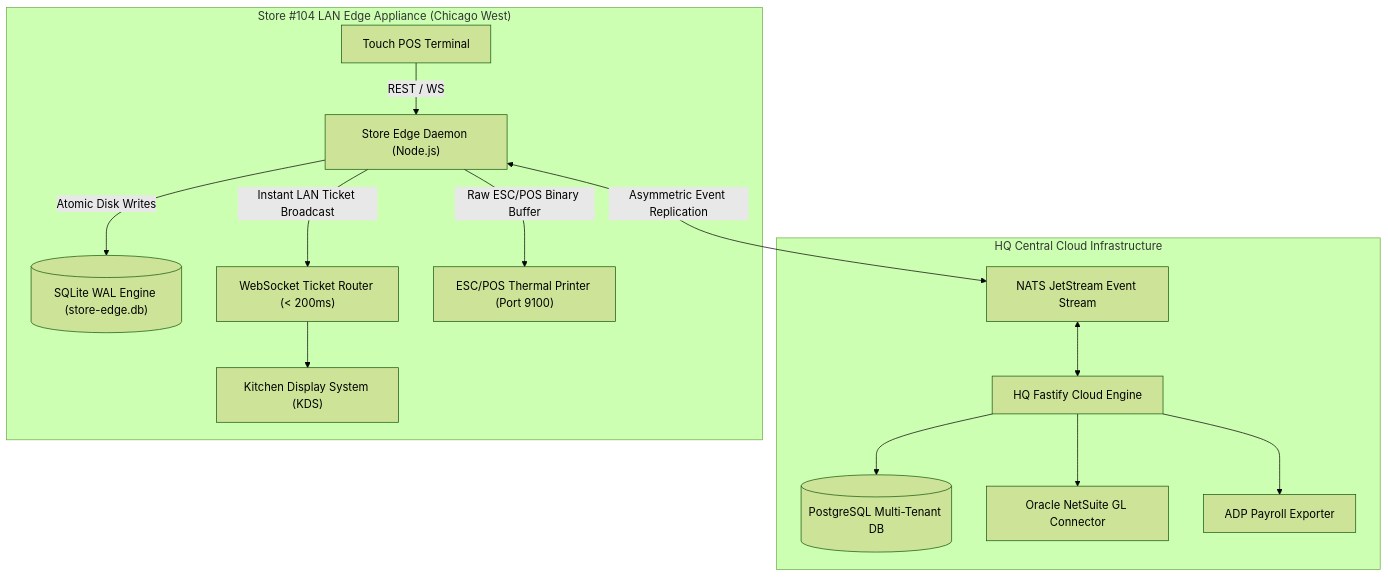
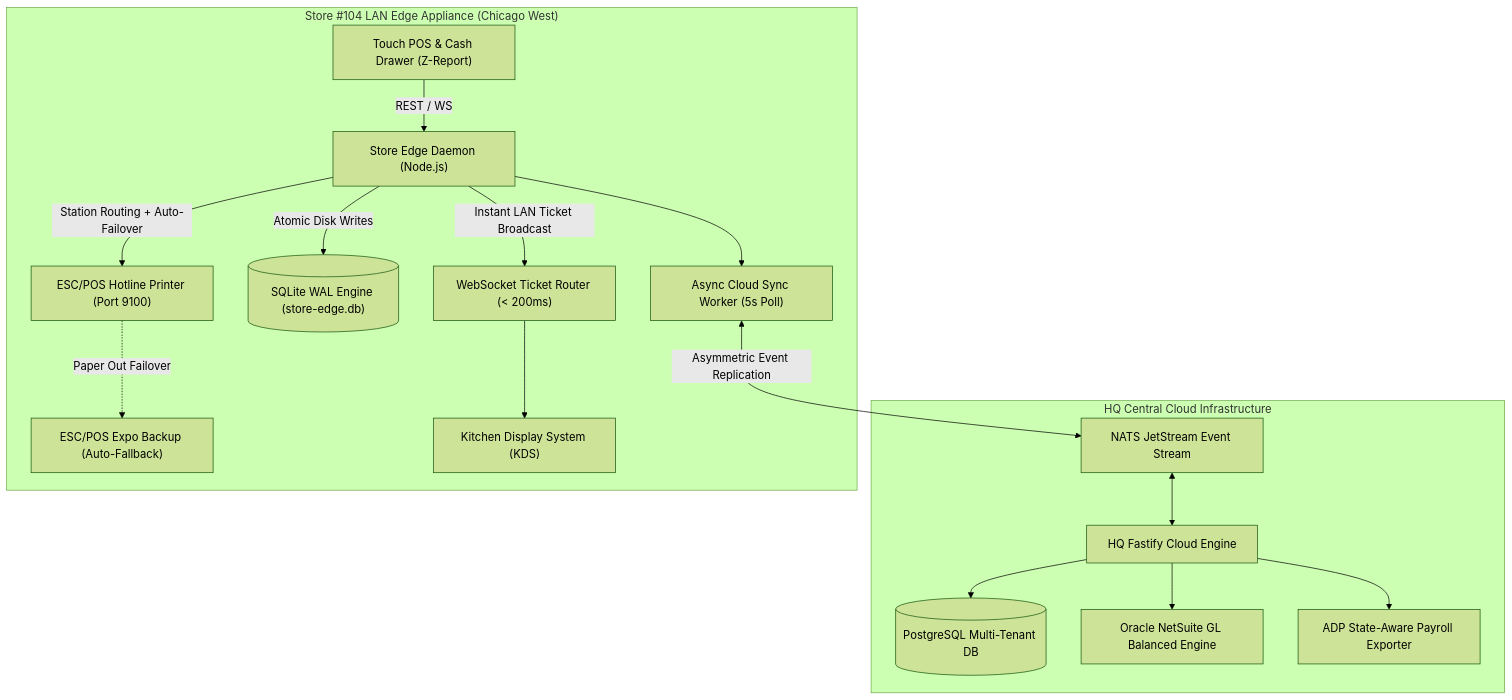
Before and after one commit to Alokkr00/Restaurant-Management-system: the diagram in README.md, drawn with Mermaid (forest theme). The commit also changed other lines of this file and 15 other files, not shown here.

Commit message:
feat(domain): complete restaurant operations overhaul with FLSA tip pooling, CA daily OT, NetSuite double-entry GL, background sync worker, cash drawer Z-reports, and UOM engine

````diff
--- a/README.md
+++ b/README.md
@@ -30,28 +31,32 @@
 ```mermaid
 flowchart TD
     subgraph Cloud["HQ Central Cloud Infrastructure"]
         HQ_API["HQ Fastify Cloud Engine"]
         HQ_DB[("PostgreSQL Multi-Tenant DB")]
         NATS["NATS JetStream Event Stream"]
-        NS_INT["Oracle NetSuite GL Connector"]
-        ADP_INT["ADP Payroll Exporter"]
+        NS_INT["Oracle NetSuite GL Balanced Engine"]
+        ADP_INT["ADP State-Aware Payroll Exporter"]
     end
 
     subgraph Store104["Store #104 LAN Edge Appliance (Chicago West)"]
         EDGE_DAEMON["Store Edge Daemon (Node.js)"]
+        SYNC_WORKER["Async Cloud Sync Worker (5s Poll)"]
         SQLITE_WAL[("SQLite WAL Engine (store-edge.db)")]
         WS_LAN["WebSocket Ticket Router (< 200ms)"]
-        ESC_PRINT["ESC/POS Thermal Printer (Port 9100)"]
-        POS_TERM["Touch POS Terminal"]
+        ESC_PRINT["ESC/POS Hotline Printer (Port 9100)"]
+        ESC_EXPO["ESC/POS Expo Backup (Auto-Fallback)"]
+        POS_TERM["Touch POS & Cash Drawer (Z-Report)"]
         KDS_SCREEN["Kitchen Display System (KDS)"]
     end
 
     POS_TERM -->|REST / WS| EDGE_DAEMON
     EDGE_DAEMON -->|Atomic Disk Writes| SQLITE_WAL
     EDGE_DAEMON -->|Instant LAN Ticket Broadcast| WS_LAN --> KDS_SCREEN
-    EDGE_DAEMON -->|Raw ESC/POS Binary Buffer| ESC_PRINT
-    EDGE_DAEMON <-->|Asymmetric Event Replication| NATS <--> HQ_API
+    EDGE_DAEMON -->|Station Routing + Auto-Failover| ESC_PRINT
+    ESC_PRINT -.->|Paper Out Failover| ESC_EXPO
+    EDGE_DAEMON --> SYNC_WORKER
+    SYNC_WORKER <-->|Asymmetric Event Replication| NATS <--> HQ_API
     HQ_API --> HQ_DB
     HQ_API --> NS_INT
     HQ_API --> ADP_INT
 ```
````
